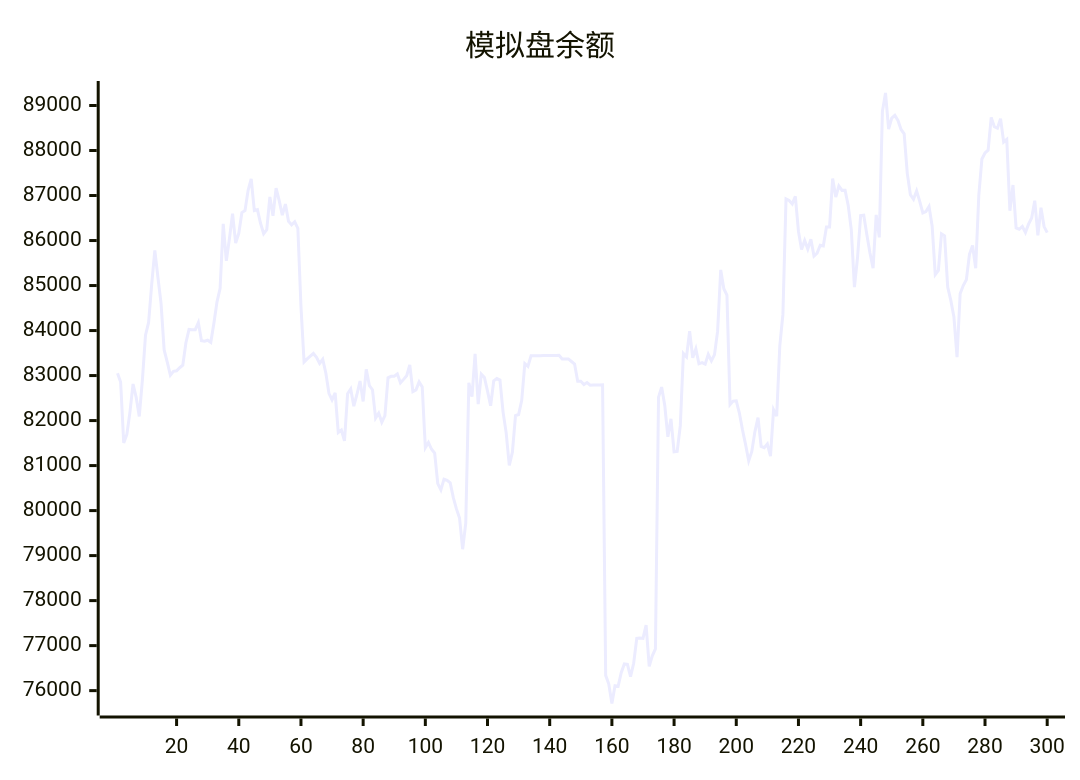
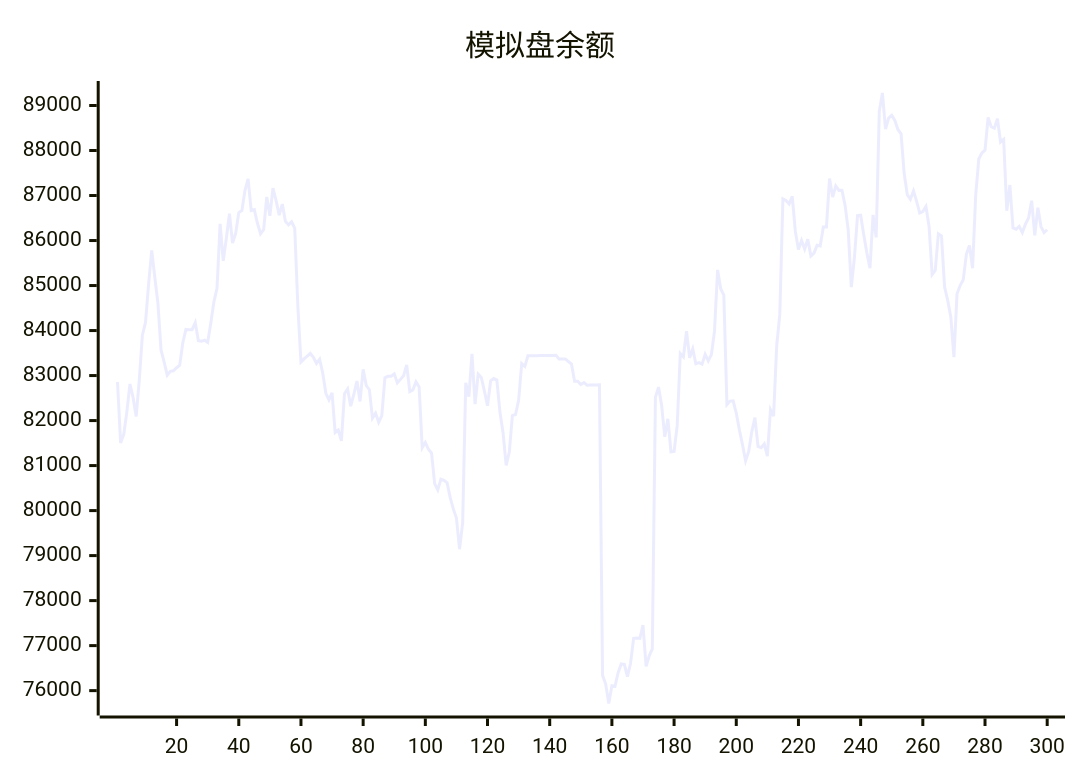
Before and after one commit to aahl/ai-trading: the diagram in README.md, drawn with Mermaid. The commit also changed other lines of this file and 1 other file, not shown here.

````diff
--- a/README.md
+++ b/README.md
@@ -5,5 +5,5 @@
 ```mermaid
 xychart
     title "模拟盘余额"
-    line [83050,82858,81503,81691,82188,82812,82517,82092,82901,83898,84180,85030,85781,85178,84604,83569,83298,83008,83093,83107,83175,83228,83729,84025,84017,84019,84177,83775,83762,83785,83738,84160,84639,84939,86370,85548,86046,86599,85942,86161,86622,86664,87115,87369,86666,86685,86384,86152,86243,86969,86548,87164,86885,86566,86809,86427,86348,86417,86273,84538,83299,83369,83430,83490,83404,83270,83362,83056,82605,82459,82614,81734,81788,81551,82598,82702,82320,82580,82878,82426,83139,82778,82686,82056,82166,81963,82110,82951,82983,82984,83038,82838,82915,82998,83235,82642,82682,82858,82746,81396,81512,81362,81277,80600,80461,80699,80673,80616,80288,80038,79836,79142,79722,82837,82533,83480,82366,83032,82960,82654,82330,82883,82934,82901,82188,81728,81005,81298,82110,82135,82449,83264,83203,83440,83439,83440,83440,83446,83447,83448,83447,83448,83449,83369,83369,83369,83313,83256,82872,82873,82801,82844,82785,82791,82791,82793,82794,76339,76145,75714,76110,76096,76397,76594,76585,76310,76607,77160,77170,77160,77456,76541,76774,76927,82520,82744,82337,81639,82040,81307,81314,81887,83490,83414,83984,83396,83594,83261,83287,83253,83470,83327,83465,83987,85348,84930,84786,82355,82433,82438,82167,81795,81466,81105,81315,81756,82064,81426,81398,81481,81210,82242,82099,83658,84359,86925,86892,86814,86980,86203,85802,86003,85811,86028,85657,85721,85896,85880,86300,86299,87378,86965,87214,87115,87118,86780,86238,84966,85623,86555,86562,86129,85722,85387,86569,86070,88870,89278,88477,88720,88781,88668,88467,88372,87493,87018,86917,87102,86870,86613,86644,86758,86317,85242,85334,86149,86106,84968,84671,84302,83410,84816,85001,85127,85693,85891,85384,87001,87811,87945,88007,88734,88528,88495,88705,88189,88248,86662,87234,86279,86251,86314,86177,86364,86503,86886,86114,86731,86310,86176]
+    line [82858,81503,81691,82188,82812,82517,82092,82901,83898,84180,85030,85781,85178,84604,83569,83298,83008,83093,83107,83175,83228,83729,84025,84017,84019,84177,83775,83762,83785,83738,84160,84639,84939,86370,85548,86046,86599,85942,86161,86622,86664,87115,87369,86666,86685,86384,86152,86243,86969,86548,87164,86885,86566,86809,86427,86348,86417,86273,84538,83299,83369,83430,83490,83404,83270,83362,83056,82605,82459,82614,81734,81788,81551,82598,82702,82320,82580,82878,82426,83139,82778,82686,82056,82166,81963,82110,82951,82983,82984,83038,82838,82915,82998,83235,82642,82682,82858,82746,81396,81512,81362,81277,80600,80461,80699,80673,80616,80288,80038,79836,79142,79722,82837,82533,83480,82366,83032,82960,82654,82330,82883,82934,82901,82188,81728,81005,81298,82110,82135,82449,83264,83203,83440,83439,83440,83440,83446,83447,83448,83447,83448,83449,83369,83369,83369,83313,83256,82872,82873,82801,82844,82785,82791,82791,82793,82794,76339,76145,75714,76110,76096,76397,76594,76585,76310,76607,77160,77170,77160,77456,76541,76774,76927,82520,82744,82337,81639,82040,81307,81314,81887,83490,83414,83984,83396,83594,83261,83287,83253,83470,83327,83465,83987,85348,84930,84786,82355,82433,82438,82167,81795,81466,81105,81315,81756,82064,81426,81398,81481,81210,82242,82099,83658,84359,86925,86892,86814,86980,86203,85802,86003,85811,86028,85657,85721,85896,85880,86300,86299,87378,86965,87214,87115,87118,86780,86238,84966,85623,86555,86562,86129,85722,85387,86569,86070,88870,89278,88477,88720,88781,88668,88467,88372,87493,87018,86917,87102,86870,86613,86644,86758,86317,85242,85334,86149,86106,84968,84671,84302,83410,84816,85001,85127,85693,85891,85384,87001,87811,87945,88007,88734,88528,88495,88705,88189,88248,86662,87234,86279,86251,86314,86177,86364,86503,86886,86114,86731,86310,86176,86240]
 ```
````
